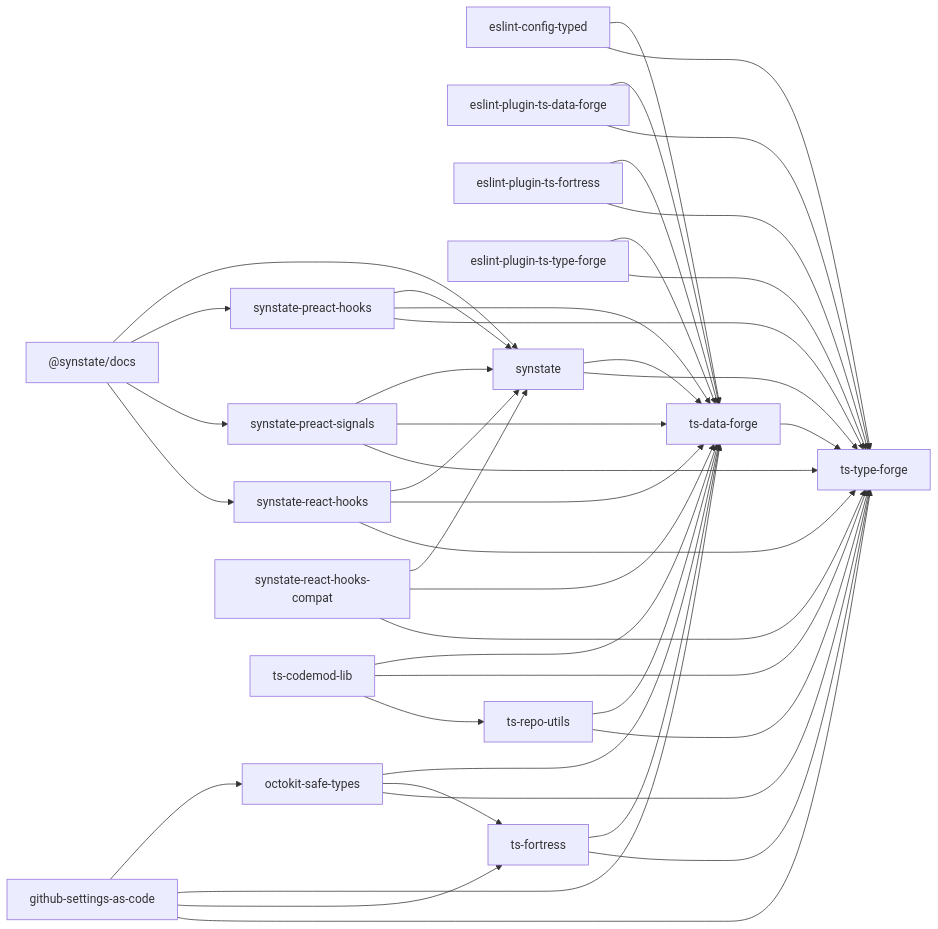
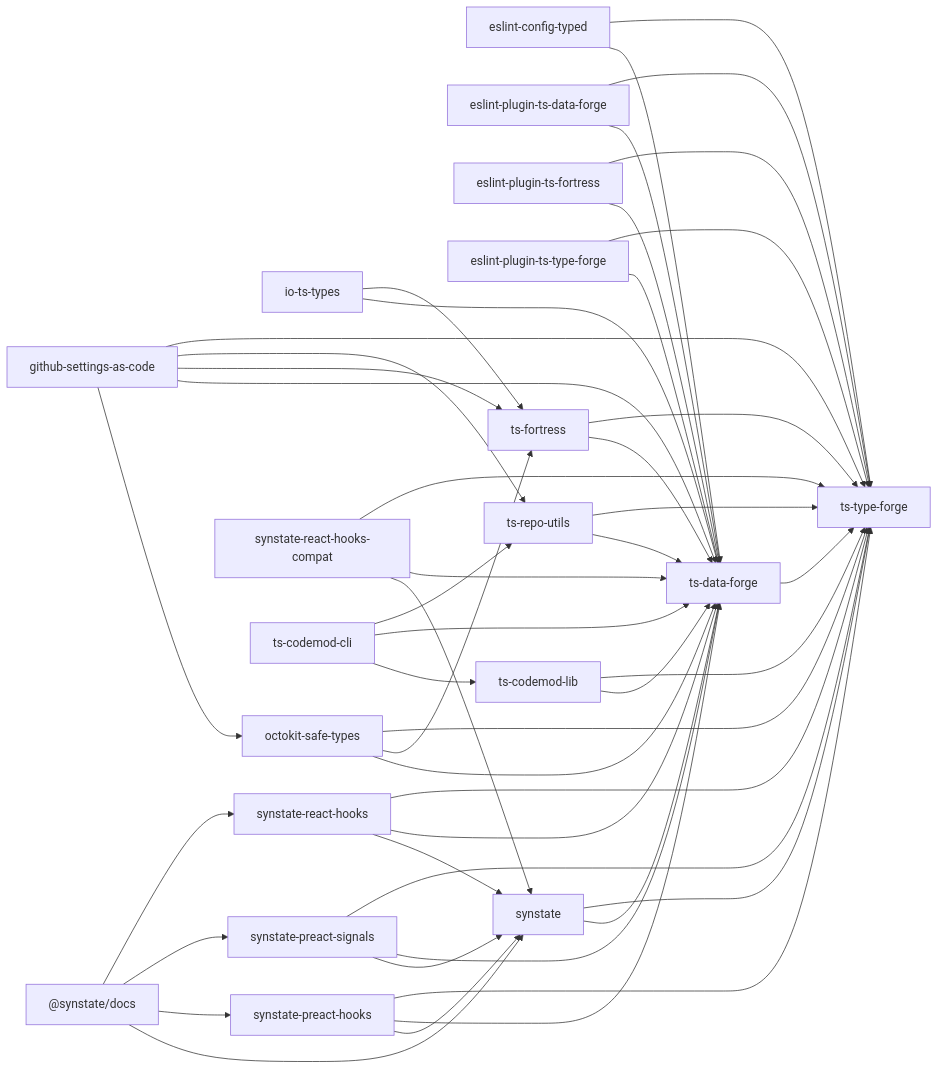
The diagram in docs/package-dependencies.md (noshiro-pf/mono), drawn with Mermaid before and after one commit. The commit also changed other lines of this file and 25 other files, not shown here.

````diff
--- a/docs/package-dependencies.md
+++ b/docs/package-dependencies.md
@@ -13,61 +13,68 @@
 ```mermaid
 graph LR
+  io_ts_types["io-ts-types"]
   _synstate_docs["@synstate/docs"]
   eslint_config_typed["eslint-config-typed"]
   eslint_plugin_ts_data_forge["eslint-plugin-ts-data-forge"]
   eslint_plugin_ts_fortress["eslint-plugin-ts-fortress"]
   eslint_plugin_ts_type_forge["eslint-plugin-ts-type-forge"]
   github_settings_as_code["github-settings-as-code"]
   octokit_safe_types["octokit-safe-types"]
   synstate["synstate"]
   synstate_preact_hooks["synstate-preact-hooks"]
   synstate_preact_signals["synstate-preact-signals"]
   synstate_react_hooks["synstate-react-hooks"]
   synstate_react_hooks_compat["synstate-react-hooks-compat"]
+  ts_codemod_cli["ts-codemod-cli"]
   ts_codemod_lib["ts-codemod-lib"]
   ts_data_forge["ts-data-forge"]
   ts_fortress["ts-fortress"]
   ts_repo_utils["ts-repo-utils"]
   ts_type_forge["ts-type-forge"]
+  io_ts_types --> ts_data_forge
+  io_ts_types --> ts_fortress
   _synstate_docs --> synstate
   _synstate_docs --> synstate_preact_hooks
   _synstate_docs --> synstate_preact_signals
   _synstate_docs --> synstate_react_hooks
   eslint_config_typed --> ts_data_forge
   eslint_config_typed --> ts_type_forge
   eslint_plugin_ts_data_forge --> ts_data_forge
   eslint_plugin_ts_data_forge --> ts_type_forge
   eslint_plugin_ts_fortress --> ts_data_forge
   eslint_plugin_ts_fortress --> ts_type_forge
   eslint_plugin_ts_type_forge --> ts_data_forge
   eslint_plugin_ts_type_forge --> ts_type_forge
   github_settings_as_code --> octokit_safe_types
   github_settings_as_code --> ts_data_forge
   github_settings_as_code --> ts_fortress
+  github_settings_as_code --> ts_repo_utils
   github_settings_as_code --> ts_type_forge
   octokit_safe_types --> ts_data_forge
   octokit_safe_types --> ts_fortress
   octokit_safe_types --> ts_type_forge
   synstate --> ts_data_forge
   synstate --> ts_type_forge
   synstate_preact_hooks --> synstate
   synstate_preact_hooks --> ts_data_forge
   synstate_preact_hooks --> ts_type_forge
   synstate_preact_signals --> synstate
   synstate_preact_signals --> ts_data_forge
   synstate_preact_signals --> ts_type_forge
   synstate_react_hooks --> synstate
   synstate_react_hooks --> ts_data_forge
   synstate_react_hooks --> ts_type_forge
   synstate_react_hooks_compat --> synstate
   synstate_react_hooks_compat --> ts_data_forge
   synstate_react_hooks_compat --> ts_type_forge
+  ts_codemod_cli --> ts_codemod_lib
+  ts_codemod_cli --> ts_data_forge
+  ts_codemod_cli --> ts_repo_utils
   ts_codemod_lib --> ts_data_forge
   ts_codemod_lib --> ts_type_forge
-  ts_codemod_lib --> ts_repo_utils
   ts_data_forge --> ts_type_forge
   ts_fortress --> ts_data_forge
   ts_fortress --> ts_type_forge
   ts_repo_utils --> ts_data_forge
   ts_repo_utils --> ts_type_forge
 ```
````
